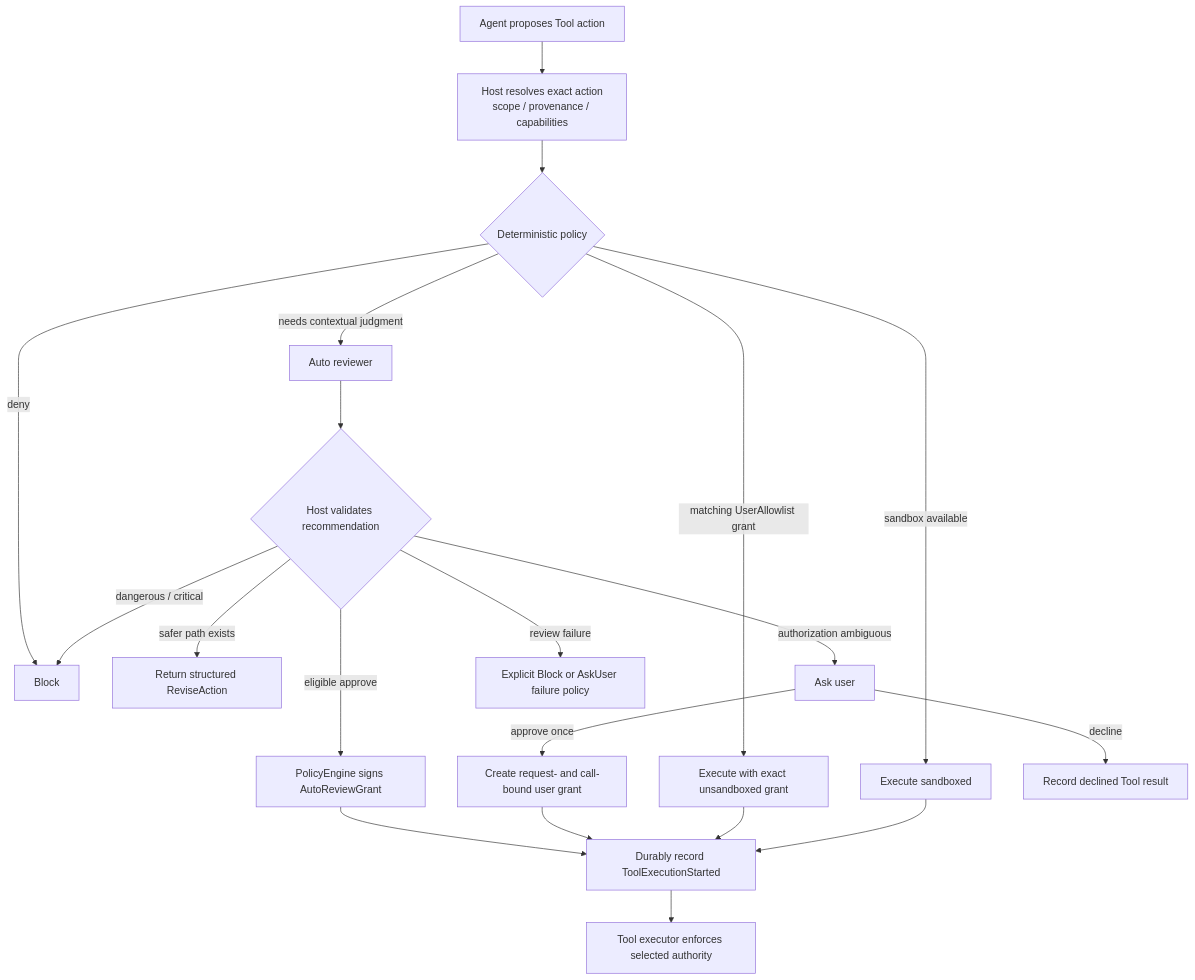
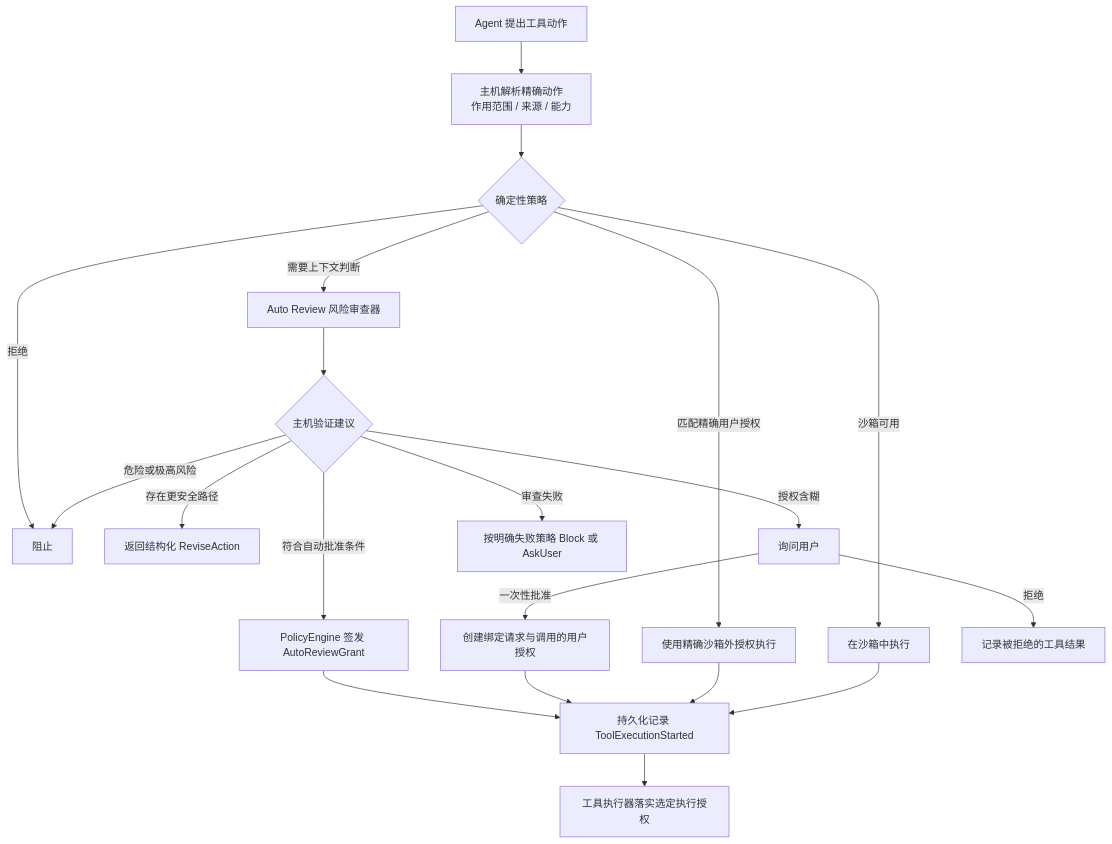
The diagram in docs/auto-review.md (chogng/zeta), drawn with Mermaid before and after one commit. The commit also changed other lines of this file and 86 other files, not shown here.

````diff
--- a/docs/auto-review.md
+++ b/docs/auto-review.md
@@ -86,22 +98,22 @@
 ```mermaid
 flowchart TD
-    A["Agent proposes Tool action"] --> B["Host resolves exact action<br/>scope / provenance / capabilities"]
-    B --> C{"Deterministic policy"}
-    C -- "deny" --> X["Block"]
-    C -- "matching UserAllowlist grant" --> G["Execute with exact unsandboxed grant"]
-    C -- "sandbox available" --> S["Execute sandboxed"]
-    C -- "needs contextual judgment" --> R["Auto reviewer"]
-    R --> V{"Host validates recommendation"}
-    V -- "eligible approve" --> AG["PolicyEngine signs AutoReviewGrant"]
-    V -- "safer path exists" --> SA["Return structured ReviseAction"]
-    V -- "authorization ambiguous" --> U["Ask user"]
-    V -- "dangerous / critical" --> X
-    V -- "review failure" --> F["Explicit Block or AskUser failure policy"]
-    U -- "approve once" --> UG["Create request- and call-bound user grant"]
-    U -- "decline" --> D["Record declined Tool result"]
-    AG --> E["Durably record ToolExecutionStarted"]
+    A["Agent 提出工具动作"] --> B["主机解析精确动作<br/>作用范围 / 来源 / 能力"]
+    B --> C{"确定性策略"}
+    C -- "拒绝" --> X["阻止"]
+    C -- "匹配精确用户授权" --> G["使用精确沙箱外授权执行"]
+    C -- "沙箱可用" --> S["在沙箱中执行"]
+    C -- "需要上下文判断" --> R["Auto Review 风险审查器"]
+    R --> V{"主机验证建议"}
+    V -- "符合自动批准条件" --> AG["PolicyEngine 签发 AutoReviewGrant"]
+    V -- "存在更安全路径" --> SA["返回结构化 ReviseAction"]
+    V -- "授权含糊" --> U["询问用户"]
+    V -- "危险或极高风险" --> X
+    V -- "审查失败" --> F["按明确失败策略 Block 或 AskUser"]
+    U -- "一次性批准" --> UG["创建绑定请求与调用的用户授权"]
+    U -- "拒绝" --> D["记录被拒绝的工具结果"]
+    AG --> E["持久化记录 ToolExecutionStarted"]
     UG --> E
     G --> E
     S --> E
-    E --> T["Tool executor enforces selected authority"]
+    E --> T["工具执行器落实选定执行授权"]
 ```
````
